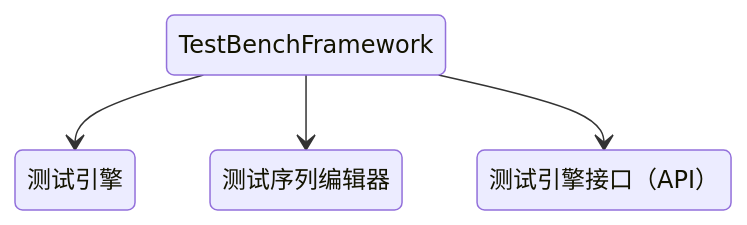
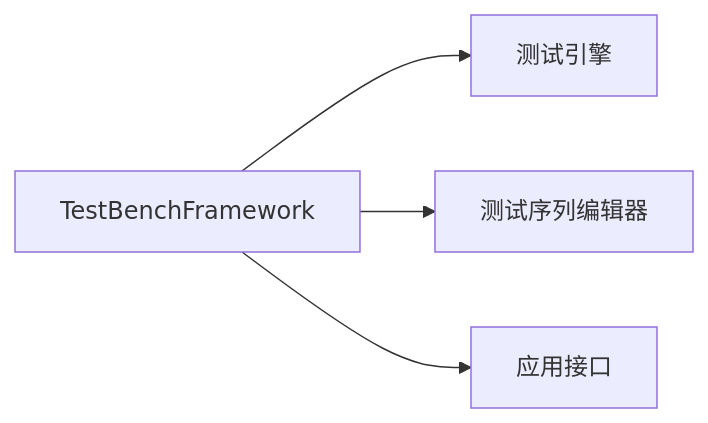
One commit to XiongXinwei-code/test-bench-framework changed the first of 3 diagrams in docs/_docs/框架概览.md. Above: the diagram before and after it, drawn with Mermaid. The commit also changed other lines of this file, not shown here.

````diff
--- a/docs/_docs/框架概览.md
+++ b/docs/_docs/框架概览.md
@@ -10,6 +10,6 @@
 ```mermaid
-stateDiagram
+flowchart LR
     TestBenchFramework --> 测试引擎
     TestBenchFramework --> 测试序列编辑器
-    TestBenchFramework --> 测试引擎接口（API）
+    TestBenchFramework --> 应用接口
 ```
````
